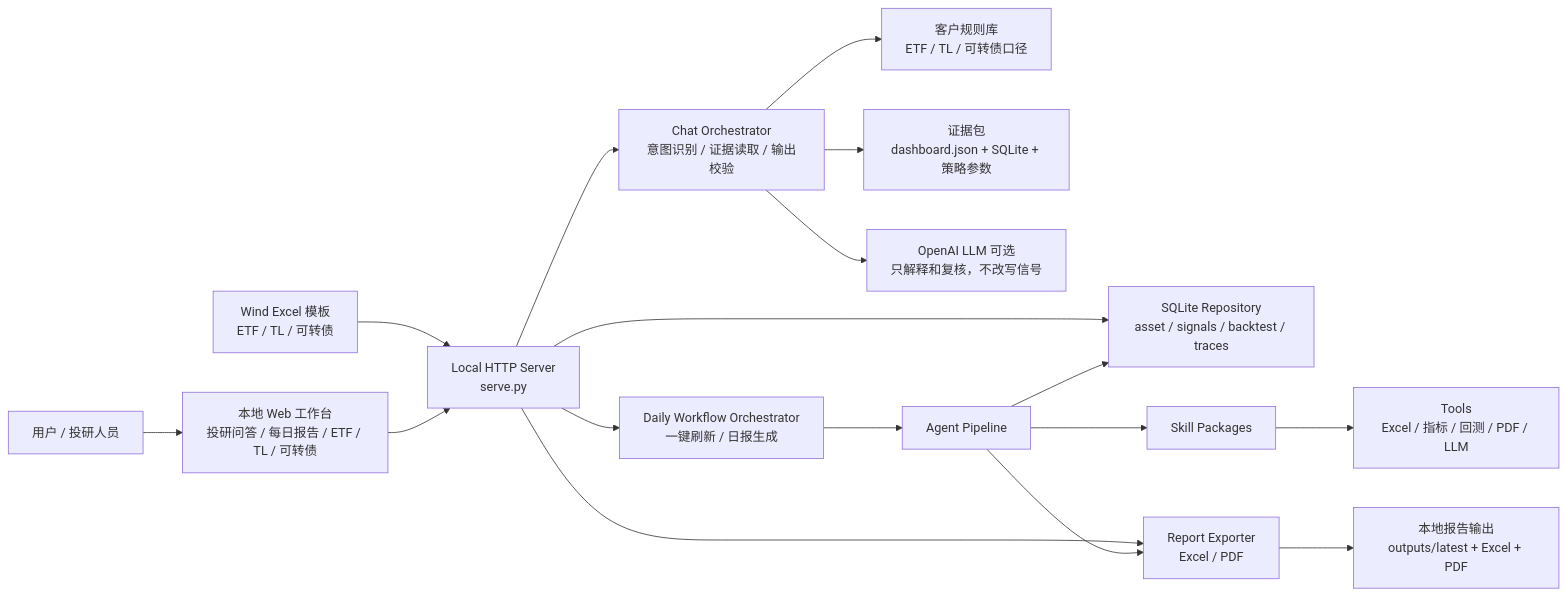
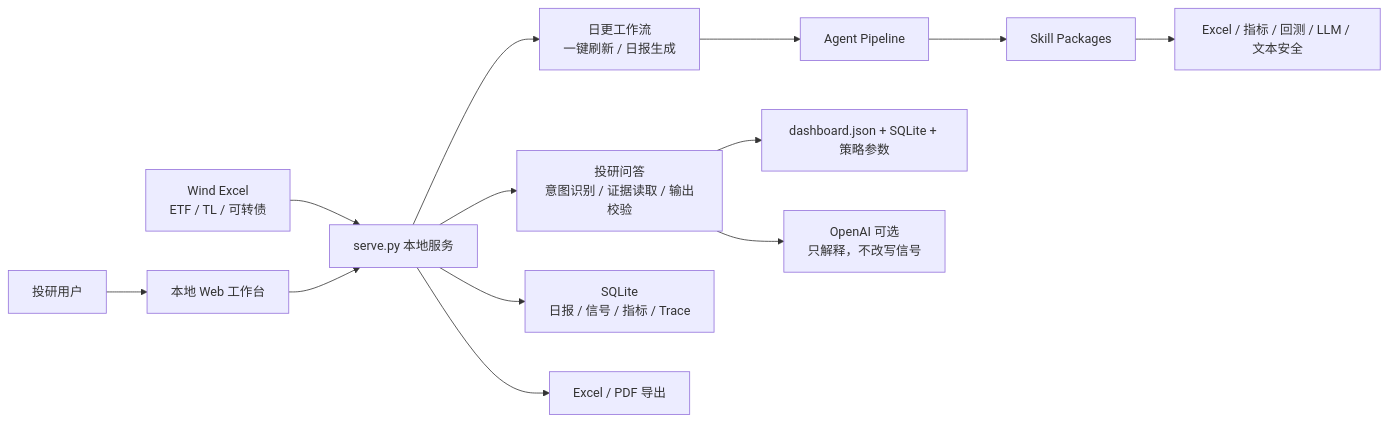
Before and after one commit to Gmasterzhangxinyang/AI-investment: the first of 2 diagrams in README.md, drawn with Mermaid. The commit also changed other lines of this file and 1 other file, not shown here.

````diff
--- a/README.md
+++ b/README.md
@@ -84,23 +63,18 @@
 ```mermaid
 flowchart LR
-    User["用户 / 投研人员"] --> Frontend["本地 Web 工作台<br/>投研问答 / 每日报告 / ETF / TL / 可转债"]
-    Wind["Wind Excel 模板<br/>ETF / TL / 可转债"] --> Server["Local HTTP Server<br/>serve.py"]
+    User["投研用户"] --> Frontend["本地 Web 工作台"]
+    Wind["Wind Excel<br/>ETF / TL / 可转债"] --> Server["serve.py 本地服务"]
     Frontend --> Server
 
-    Server --> Chat["Chat Orchestrator<br/>意图识别 / 证据读取 / 输出校验"]
-    Server --> Workflow["Daily Workflow Orchestrator<br/>一键刷新 / 日报生成"]
-    Server --> Repo["SQLite Repository<br/>asset / signals / backtest / traces"]
-    Server --> Export["Report Exporter<br/>Excel / PDF"]
-
-    Chat --> Rulebook["客户规则库<br/>ETF / TL / 可转债口径"]
-    Chat --> Evidence["证据包<br/>dashboard.json + SQLite + 策略参数"]
-    Chat --> LLM["OpenAI LLM 可选<br/>只解释和复核，不改写信号"]
+    Server --> Chat["投研问答<br/>意图识别 / 证据读取 / 输出校验"]
+    Server --> Workflow["日更工作流<br/>一键刷新 / 日报生成"]
+    Server --> DB["SQLite<br/>日报 / 信号 / 指标 / Trace"]
+    Server --> Export["Excel / PDF 导出"]
 
     Workflow --> Agents["Agent Pipeline"]
     Agents --> Skills["Skill Packages"]
-    Skills --> Tools["Tools<br/>Excel / 指标 / 回测 / PDF / LLM"]
+    Skills --> Tools["Excel / 指标 / 回测 / LLM / 文本安全"]
 
-    Agents --> Repo
-    Agents --> Export
-    Export --> Reports["本地报告输出<br/>outputs/latest + Excel + PDF"]
+    Chat --> Evidence["dashboard.json + SQLite + 策略参数"]
+    Chat --> LLM["OpenAI 可选<br/>只解释，不改写信号"]
 ```
````
